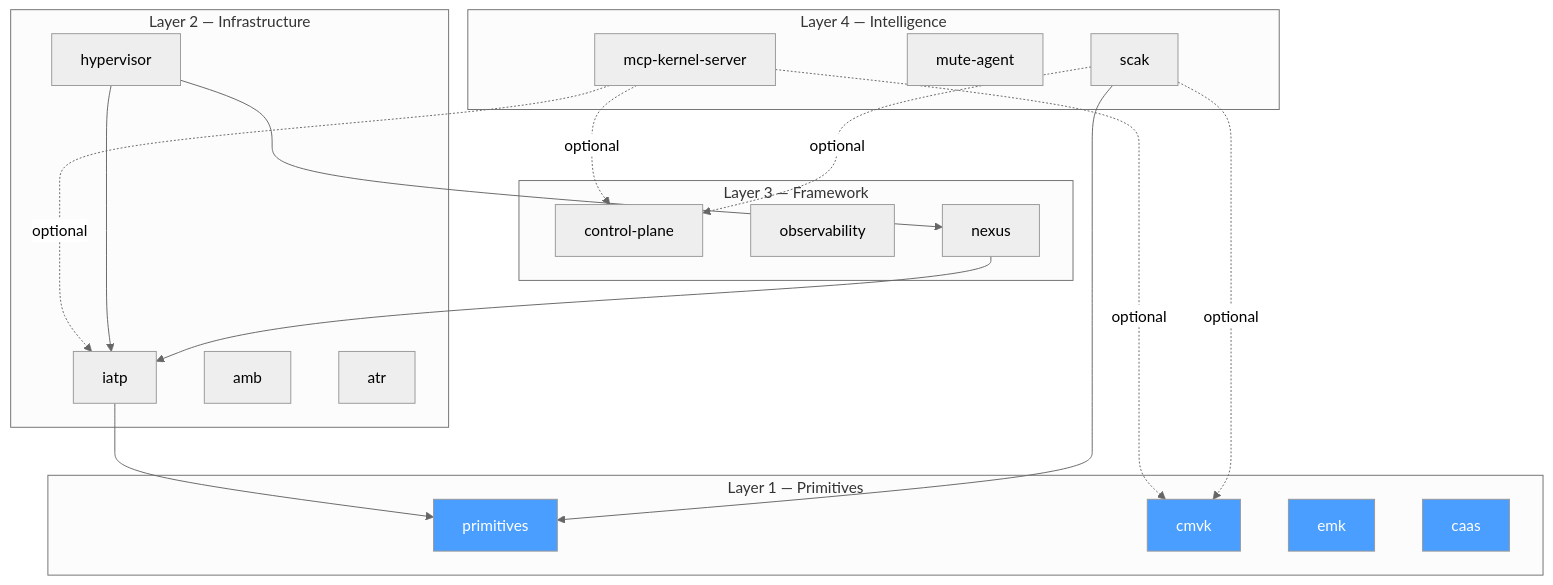
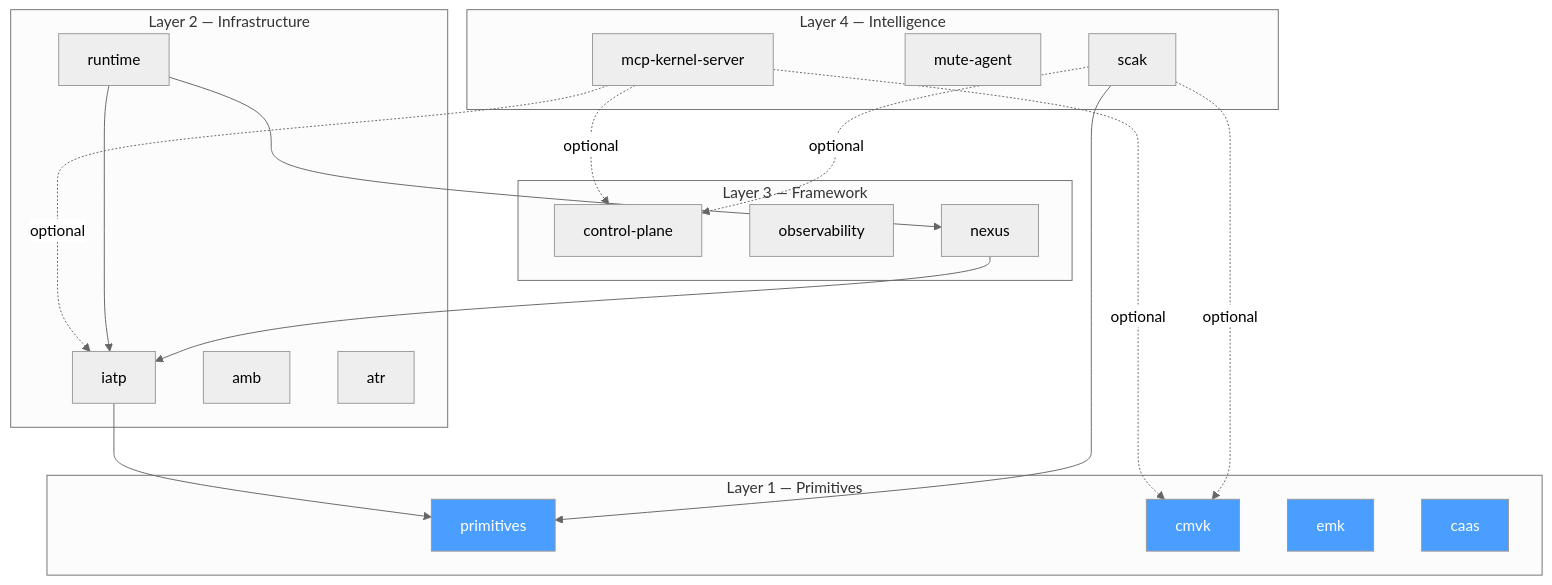
The second of 6 diagrams in packages/agent-os/ARCHITECTURE.md (electricwolfemarshmallowhypertext/ms-agt), drawn with Mermaid (neutral theme) before and after one commit. The commit also changed 51 other files, not shown here.

First line of the commit message:
docs: Phase 3 — Propagate architecture rename across all docs (#221)

````diff
--- a/packages/agent-os/ARCHITECTURE.md
+++ b/packages/agent-os/ARCHITECTURE.md
@@ -46,45 +46,45 @@
 ```mermaid
 graph TD
     subgraph "Layer 4 — Intelligence"
         scak[scak]
         mute[mute-agent]
         mcp[mcp-kernel-server]
     end
 
     subgraph "Layer 3 — Framework"
         cp[control-plane]
         obs[observability]
         nexus[nexus]
     end
 
     subgraph "Layer 2 — Infrastructure"
         iatp[iatp]
         amb[amb]
         atr[atr]
-        hypervisor[hypervisor]
+        runtime[runtime]
     end
 
     subgraph "Layer 1 — Primitives"
         prim[primitives]
         cmvk[cmvk]
         emk[emk]
         caas[caas]
     end
 
     %% Declared dependencies
     scak --> prim
     scak -.->|optional| cp
     scak -.->|optional| cmvk
     iatp --> prim
     nexus --> iatp
-    hypervisor --> nexus
-    hypervisor --> iatp
+    runtime --> nexus
+    runtime --> iatp
     mcp -.->|optional| cp
     mcp -.->|optional| cmvk
     mcp -.->|optional| iatp
 
     style prim fill:#4a9eff,color:#fff
     style cmvk fill:#4a9eff,color:#fff
     style emk fill:#4a9eff,color:#fff
     style caas fill:#4a9eff,color:#fff
 ```
````
